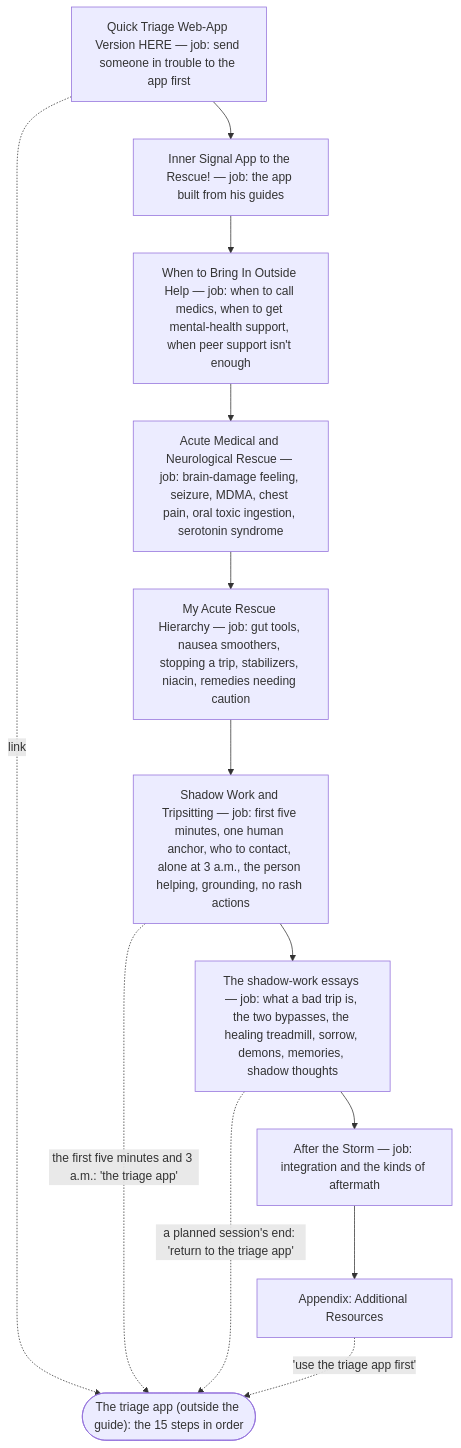
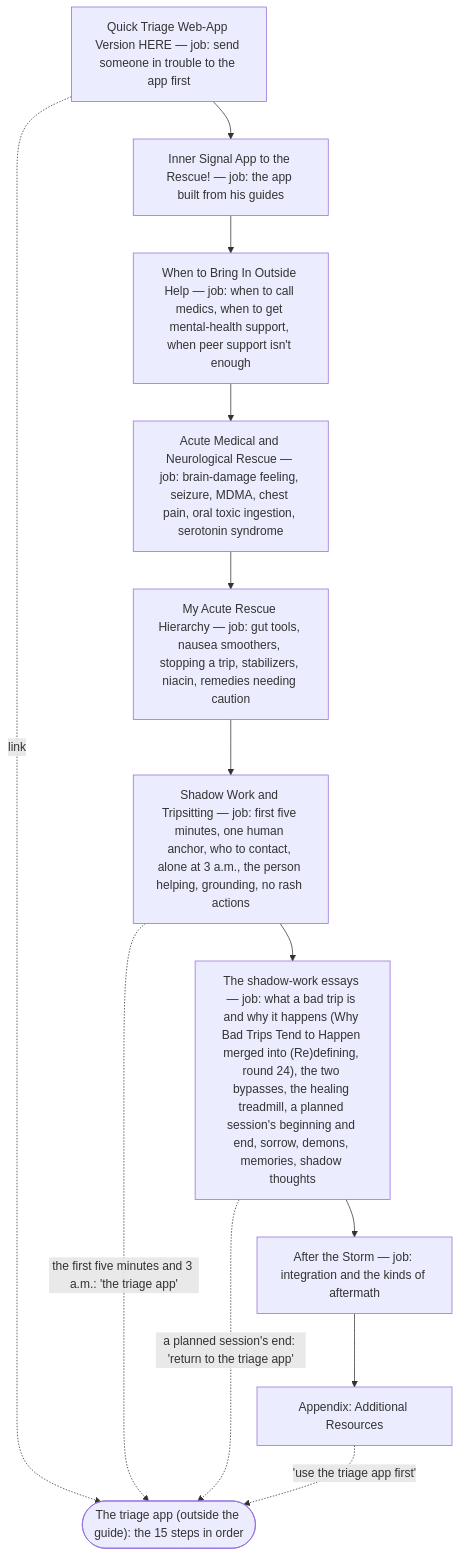
Before and after one commit to u-dont-existDOTcom/joel-articles: the first of 2 diagrams in articles/bad-trips/ARCHITECTURE.md, drawn with Mermaid. The commit also changed other lines of this file and 42 other files, not shown here.

First line of the commit message:
Bad trips: his round-24 versions in; Why Bad Trips Tend to Happen said once; the guide drug-neutral (his rule); round 25

````diff
--- a/articles/bad-trips/ARCHITECTURE.md
+++ b/articles/bad-trips/ARCHITECTURE.md
@@ -22,18 +22,18 @@
 ```mermaid
 flowchart TD
     applink["Quick Triage Web-App Version HERE — job: send someone in trouble to the app first"]
     app["Inner Signal App to the Rescue! — job: the app built from his guides"]
     help["When to Bring In Outside Help — job: when to call medics, when to get mental-health support, when peer support isn't enough"]
     acute["Acute Medical and Neurological Rescue — job: brain-damage feeling, seizure, MDMA, chest pain, oral toxic ingestion, serotonin syndrome"]
     remedies["My Acute Rescue Hierarchy — job: gut tools, nausea smoothers, stopping a trip, stabilizers, niacin, remedies needing caution"]
     sit["Shadow Work and Tripsitting — job: first five minutes, one human anchor, who to contact, alone at 3 a.m., the person helping, grounding, no rash actions"]
-    essays["The shadow-work essays — job: what a bad trip is, the two bypasses, the healing treadmill, sorrow, demons, memories, shadow thoughts"]
+    essays["The shadow-work essays — job: what a bad trip is and why it happens (Why Bad Trips Tend to Happen merged into (Re)defining, round 24), the two bypasses, the healing treadmill, a planned session's beginning and end, sorrow, demons, memories, shadow thoughts"]
     after["After the Storm — job: integration and the kinds of aftermath"]
     res["Appendix: Additional Resources"]
     applink --> app --> help --> acute --> remedies --> sit --> essays --> after --> res
     triage(["The triage app (outside the guide): the 15 steps in order"])
     applink -. "link" .-> triage
     sit -. "the first five minutes and 3 a.m.: 'the triage app'" .-> triage
     essays -. "a planned session's end: 'return to the triage app'" .-> triage
     res -. "'use the triage app first'" .-> triage
 ```
````
